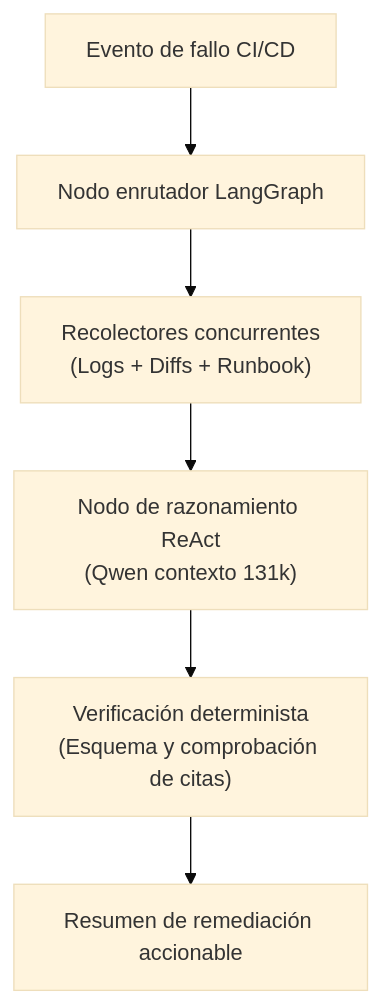
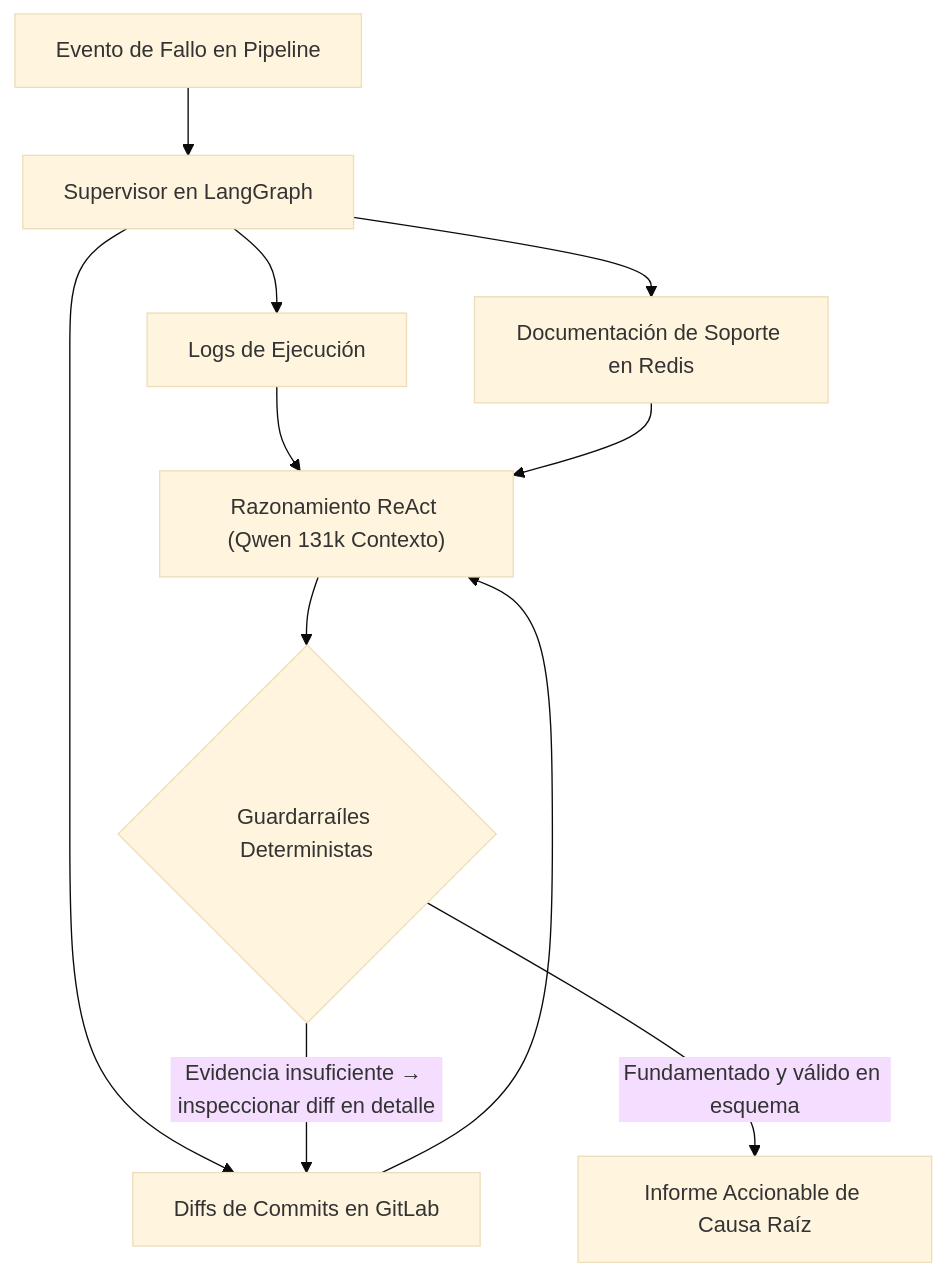
Before and after one commit to oredondo/oredondo.github.io: the diagram in docs_es/blog/posts/2026-03-10-agentic-cicd-diagnostics-langgraph.md, drawn with Mermaid (base theme). The commit also changed other lines of this file and 30 other files, not shown here.

````diff
--- a/docs_es/blog/posts/2026-03-10-agentic-cicd-diagnostics-langgraph.md
+++ b/docs_es/blog/posts/2026-03-10-agentic-cicd-diagnostics-langgraph.md
@@ -38,8 +42,11 @@
 ```mermaid
 flowchart TD
-    BuildFail["Evento de fallo CI/CD"] --> AgentRouter["Nodo enrutador LangGraph"]
-    AgentRouter --> ParallelData["Recolectores concurrentes<br/>(Logs + Diffs + Runbook)"]
-    ParallelData --> Reasoner["Nodo de razonamiento ReAct<br/>(Qwen contexto 131k)"]
-    Reasoner --> GuardrailCheck["Verificación determinista<br/>(Esquema y comprobación de citas)"]
-    GuardrailCheck --> Output["Resumen de remediación accionable"]
+    Event["Evento de Fallo en Pipeline"] --> Supervisor["Supervisor en LangGraph"]
+    Supervisor --> Logs["Logs de Ejecución"]
+    Supervisor --> Docs["Documentación de Soporte en Redis"]
+    Supervisor --> Diffs["Diffs de Commits en GitLab"]
+    Logs & Docs & Diffs --> ReAct["Razonamiento ReAct (Qwen 131k Contexto)"]
+    ReAct --> Gate{"Guardarraíles Deterministas"}
+    Gate -- "Evidencia insuficiente → inspeccionar diff en detalle" --> Diffs
+    Gate -- "Fundamentado y válido en esquema" --> Diagnosis["Informe Accionable de Causa Raíz"]
 ```
````
